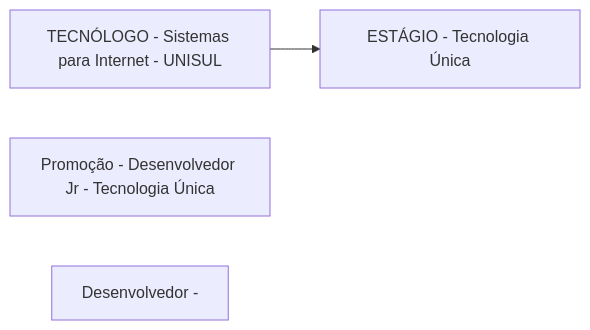
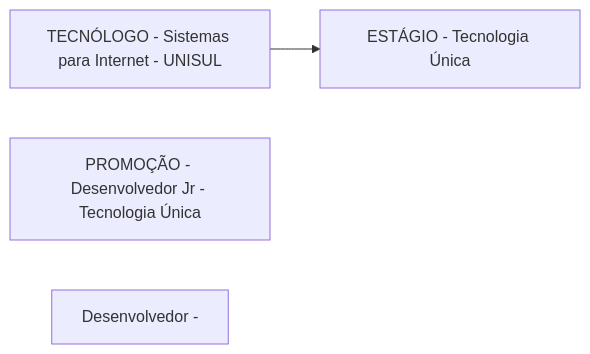
One commit to rafsp/Graduacao_FIAP changed the diagram in Advanced-Business-Development-with-.NET/1º-Semestre/Aula-01-%2D-Introdução-e-Apresentação/Apresentação-do-Professor.md. Above: the diagram before and after it, drawn with Mermaid.

Commit message:
Updated Apresentação do Professor

```diff
--- a/Advanced-Business-Development-with-.NET/1º-Semestre/Aula-01-%2D-Introdução-e-Apresentação/Apresentação-do-Professor.md
+++ b/Advanced-Business-Development-with-.NET/1º-Semestre/Aula-01-%2D-Introdução-e-Apresentação/Apresentação-do-Professor.md
@@ -1,8 +1,8 @@
 ::: mermaid
 flowchart LR;
 a[TECNÓLOGO - Sistemas para Internet - UNISUL]
 b[ESTÁGIO - Tecnologia Única];
-c[Promoção - Desenvolvedor Jr - Tecnologia Única];
+c[PROMOÇÃO - Desenvolvedor Jr - Tecnologia Única];
 d[Desenvolvedor - ]
 a-->b;
 :::
```
